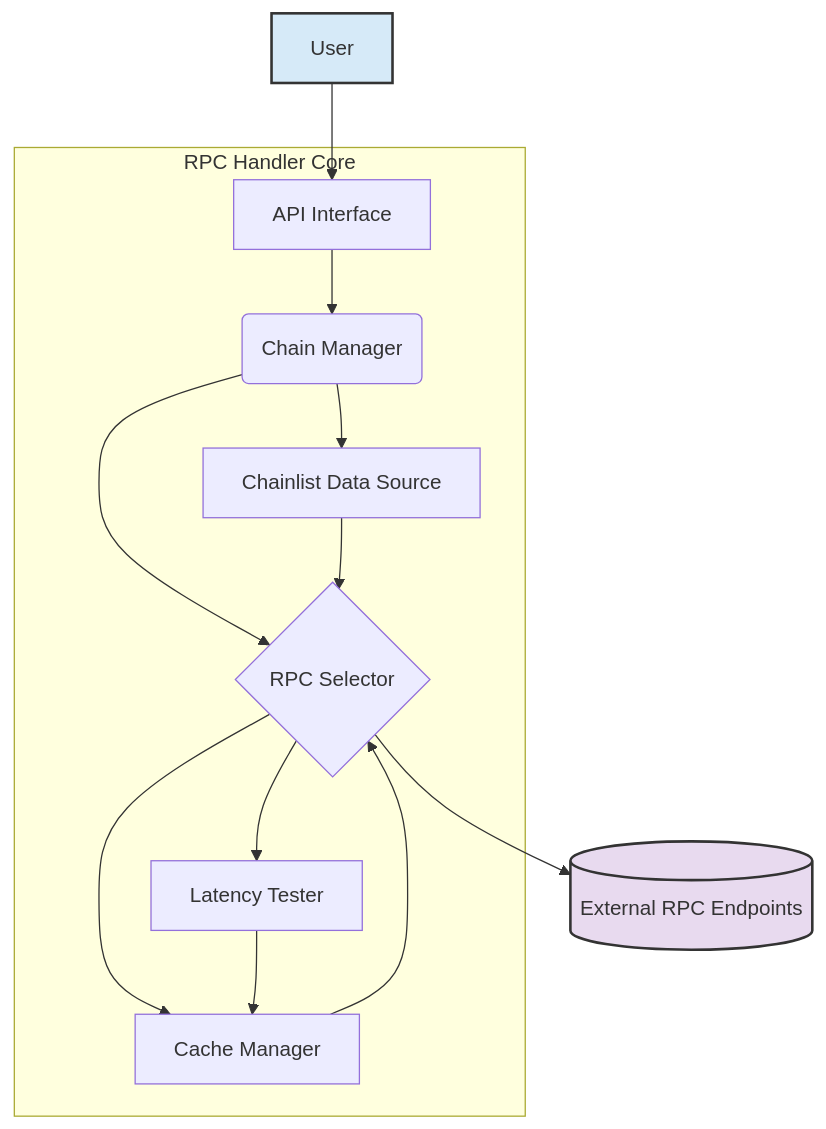
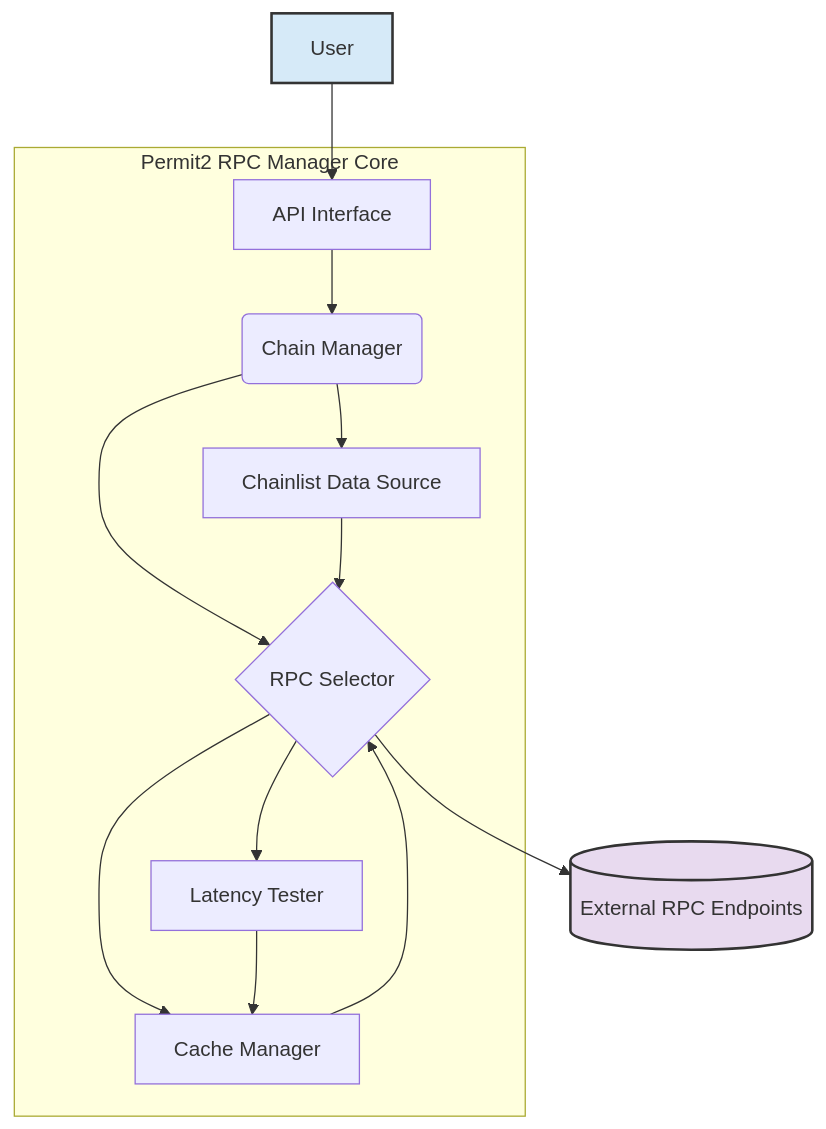
The diagram in docs/system-patterns.md (ubiquity/rpc-handler), drawn with Mermaid before and after one commit. The commit also changed other lines of this file and 15 other files, not shown here.

Commit message:
refactor: rename RPC handler to Permit2 RPC Manager; update related documentation and code references; enhance package.json and lockfile with new dependencies

````diff
--- a/docs/system-patterns.md
+++ b/docs/system-patterns.md
@@ -7,19 +7,19 @@
 ```mermaid
 flowchart TD
-    subgraph RPC Handler Core
+    subgraph Permit2 RPC Manager Core
         A[API Interface] --> B(Chain Manager)
         B --> C{RPC Selector}
         C --> D[Latency Tester]
         C --> E[Cache Manager]
         D --> E
         B --> F[Chainlist Data Source]
         F --> C
         E --> C
     end
 
     User --> A
     C --> Network[(External RPC Endpoints)]
 
     style User fill:#D6EAF8,stroke:#333,stroke-width:2px
     style Network fill:#E8DAEF,stroke:#333,stroke-width:2px
 ```
````
